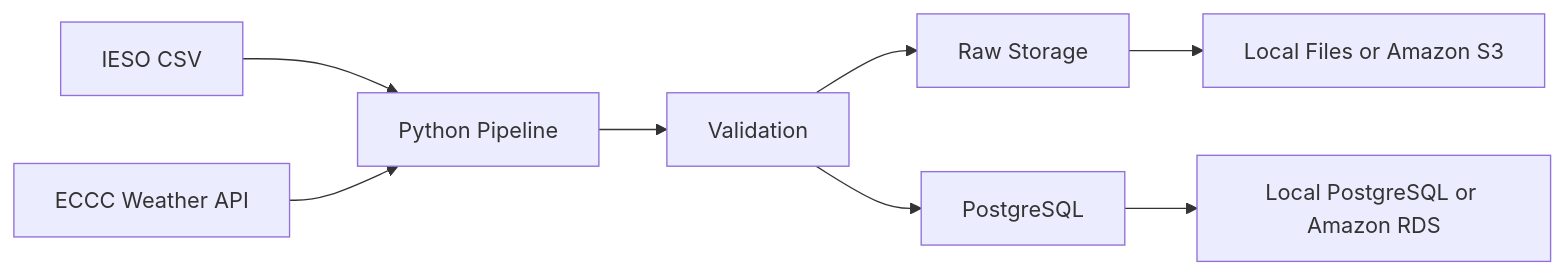
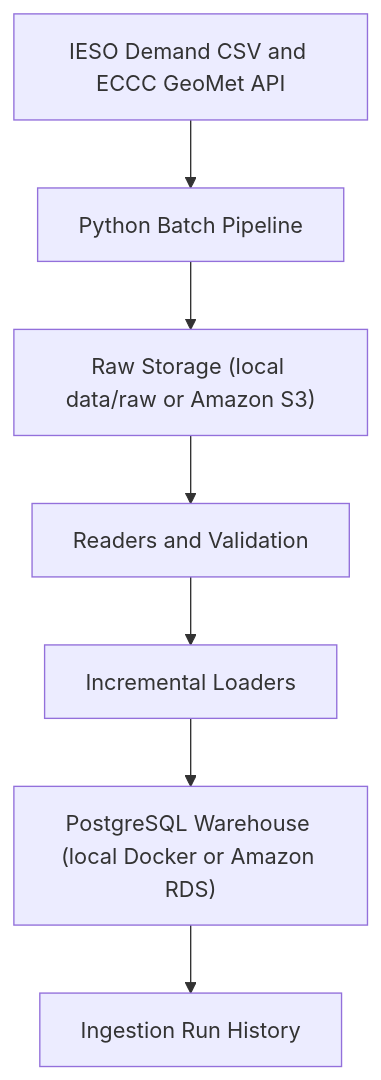
Before and after one commit to Sulav-17/platform-01-batch-foundation: the diagram in README.md, drawn with Mermaid. The commit also changed other lines of this file, not shown here.

Commit message:
make S3 the AWS raw data source

````diff
--- a/README.md
+++ b/README.md
@@ -52,10 +52,10 @@
 ```mermaid
-flowchart LR
-    A[IESO CSV] --> C[Python Pipeline]
-    B[ECCC Weather API] --> C
-    C --> D[Validation]
-    D --> E[Raw Storage]
-    D --> F[PostgreSQL]
-    E --> G[Local Files or Amazon S3]
-    F --> H[Local PostgreSQL or Amazon RDS]
+flowchart TD
+    A[IESO Demand CSV and ECCC GeoMet API]
+    A --> B[Python Batch Pipeline]
+    B --> C["Raw Storage (local data/raw or Amazon S3)"]
+    C --> D[Readers and Validation]
+    D --> E[Incremental Loaders]
+    E --> F["PostgreSQL Warehouse (local Docker or Amazon RDS)"]
+    F --> G[Ingestion Run History]
 ```
````
